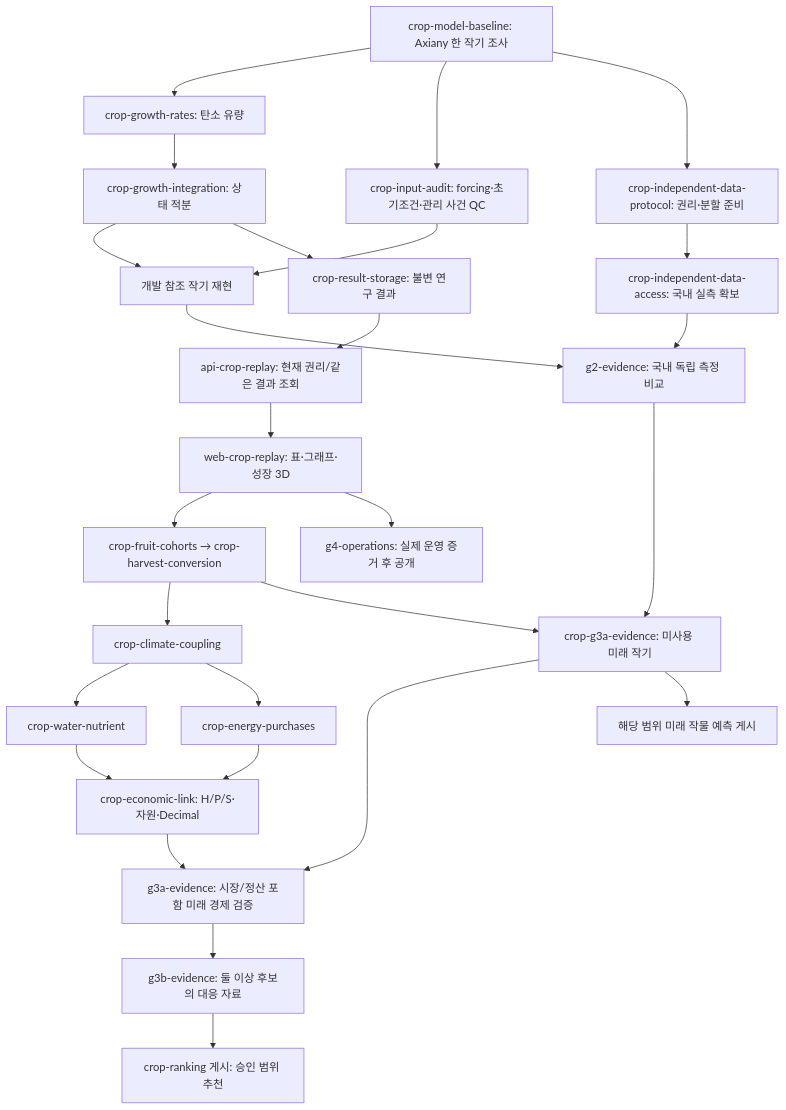
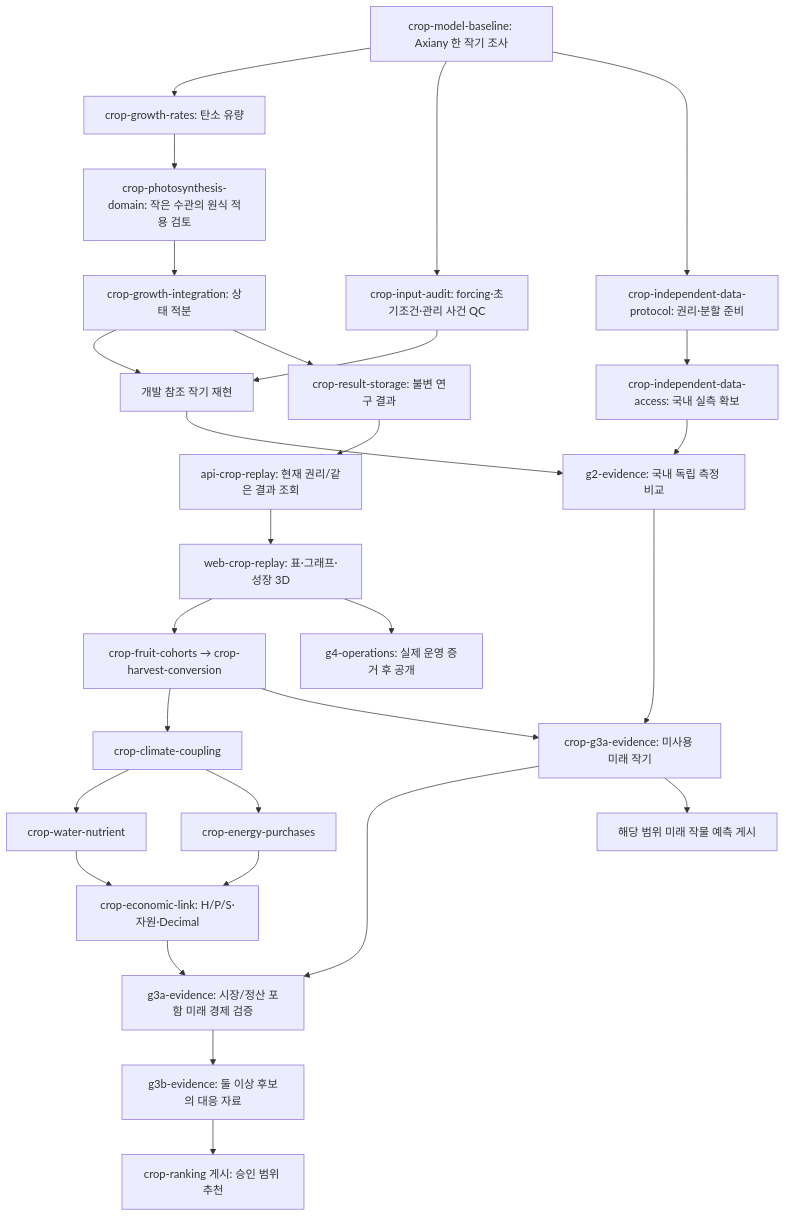
The first of 2 diagrams in tasks/plan.md (KIMSUNGHOON/OpenSmartFarmSim), drawn with Mermaid before and after one commit. The commit also changed other lines of this file and 9 other files, not shown here.

First line of the commit message:
feat: calculate pinned crop carbon rates with explicit domain holds

````diff
--- a/tasks/plan.md
+++ b/tasks/plan.md
@@ -15,29 +16,30 @@
 ```mermaid
 flowchart TD
   B["crop-model-baseline: Axiany 한 작기 조사"] --> R["crop-growth-rates: 탄소 유량"]
   B --> Q["crop-input-audit: forcing·초기조건·관리 사건 QC"]
   B --> AP["crop-independent-data-protocol: 권리·분할 준비"]
   AP --> A["crop-independent-data-access: 국내 실측 확보"]
-  R --> I["crop-growth-integration: 상태 적분"]
+  R --> D["crop-photosynthesis-domain: 작은 수관의 원식 적용 검토"]
+  D --> I["crop-growth-integration: 상태 적분"]
   Q --> X["개발 참조 작기 재현"]
   I --> X
   I --> S["crop-result-storage: 불변 연구 결과"]
   S --> API["api-crop-replay: 현재 권리/같은 결과 조회"]
   API --> V["web-crop-replay: 표·그래프·성장 3D"]
   V --> F["crop-fruit-cohorts → crop-harvest-conversion"]
   F --> C["crop-climate-coupling"]
   C --> W["crop-water-nutrient"]
   C --> E["crop-energy-purchases"]
   W --> M["crop-economic-link: H/P/S·자원·Decimal"]
   E --> M
   A --> G2["g2-evidence: 국내 독립 측정 비교"]
   X --> G2
   G2 --> G3A["crop-g3a-evidence: 미사용 미래 작기"]
   F --> G3A
   M --> EC["g3a-evidence: 시장/정산 포함 미래 경제 검증"]
   G3A --> EC
   G3A --> P["해당 범위 미래 작물 예측 게시"]
   EC --> PAIR["g3b-evidence: 둘 이상 후보의 대응 자료"]
   PAIR --> REC["crop-ranking 게시: 승인 범위 추천"]
   V --> PUB["g4-operations: 실제 운영 증거 후 공개"]
 ```
````
